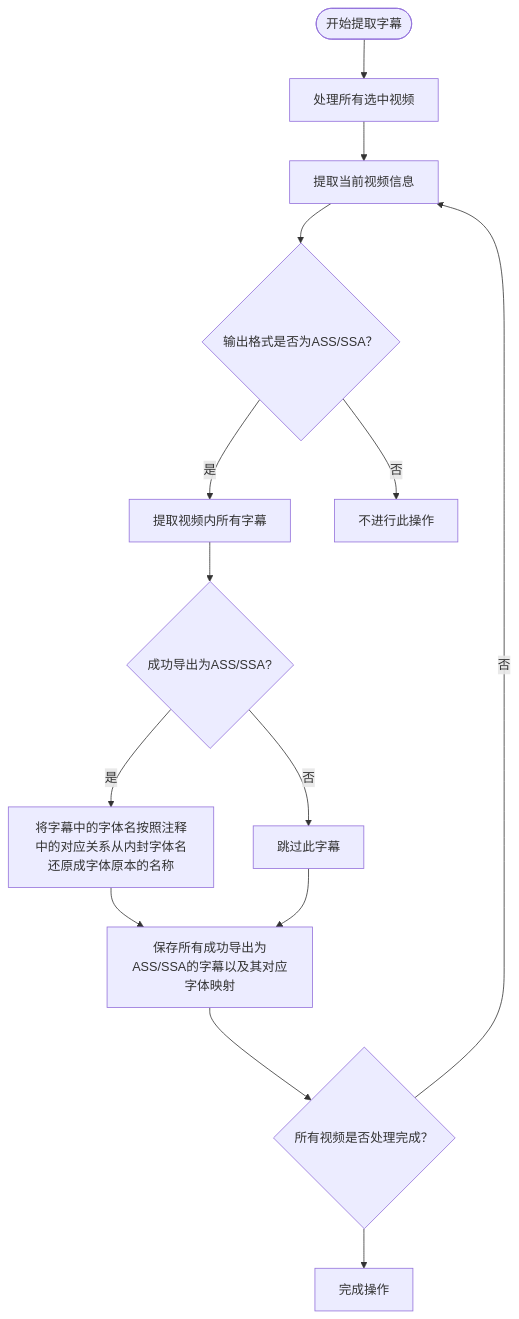
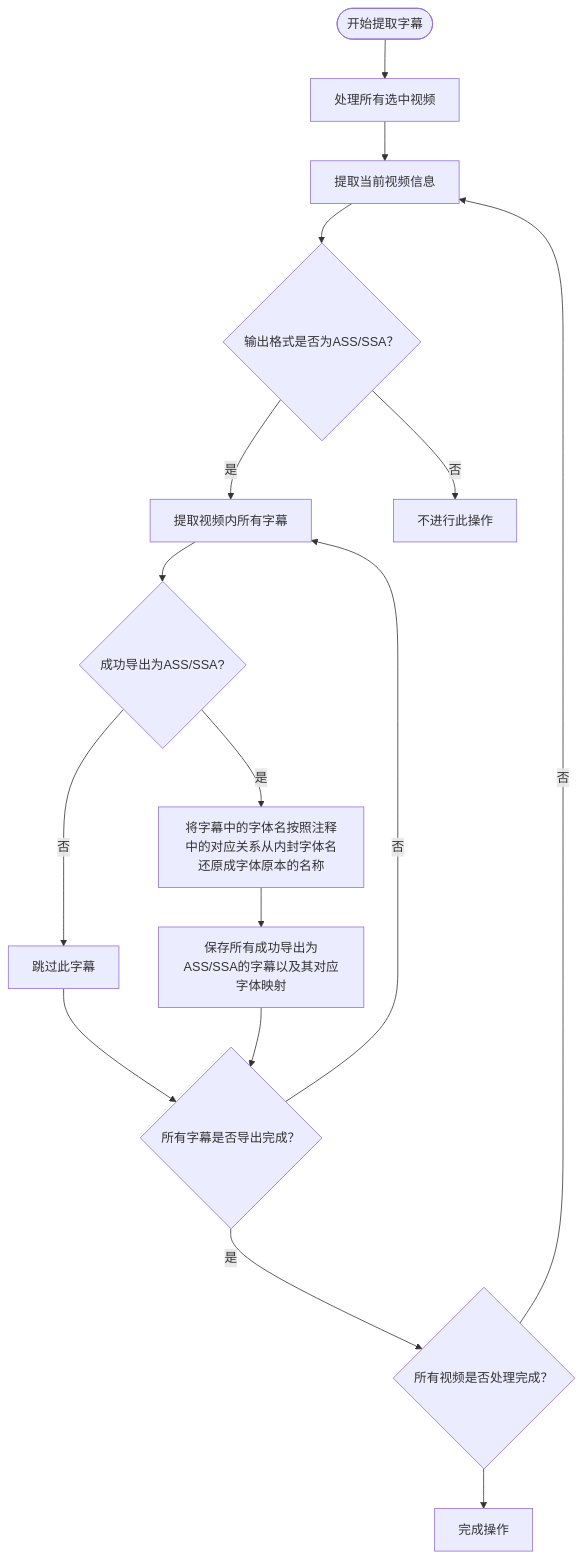
One commit to TCBOMC/Subtitle-Exporter changed the third of 4 diagrams in README.md. Above: the diagram before and after it, drawn with Mermaid. The commit also changed other lines of this file, not shown here.

````diff
--- a/README.md
+++ b/README.md
@@ -128,18 +132,21 @@
     ```mermaid
     flowchart TD
     A(["开始提取字幕"]) --> B["处理所有选中视频"]
     C{"输出格式是否为ASS/SSA？"} -- 是 --> D["提取视频内所有字幕"]
     C -- 否 --> E["不进行此操作"]
     B --> n1["提取当前视频信息"]
     n1 --> C
     D --> n8["成功导出为ASS/SSA?"]
     n5["所有视频是否处理完成？"] -- 否 --> n1
     n7["将字幕中的字体名按照注释中的对应关系从内封字体名还原成字体原本的名称"] --> n2["保存所有成功导出为ASS/SSA的字幕以及其对应字体映射"]
     n8 -- 是 --> n7
     n8 -- 否 --> n9["跳过此字幕"]
-    n9 --> n2
-    n2 --> n5
+    n9 --> n15
+    n2 --> n15@{ label: "<span style=\"color:\">所有字幕是否导出完成？</span>" }
     n5 --> n14["完成操作"]
+    n15 --是--> n5
+    n15 --否--> D
     n8@{ shape: diam}
     n5@{ shape: diam}
+    n15@{ shape: diam}
     ```
````
